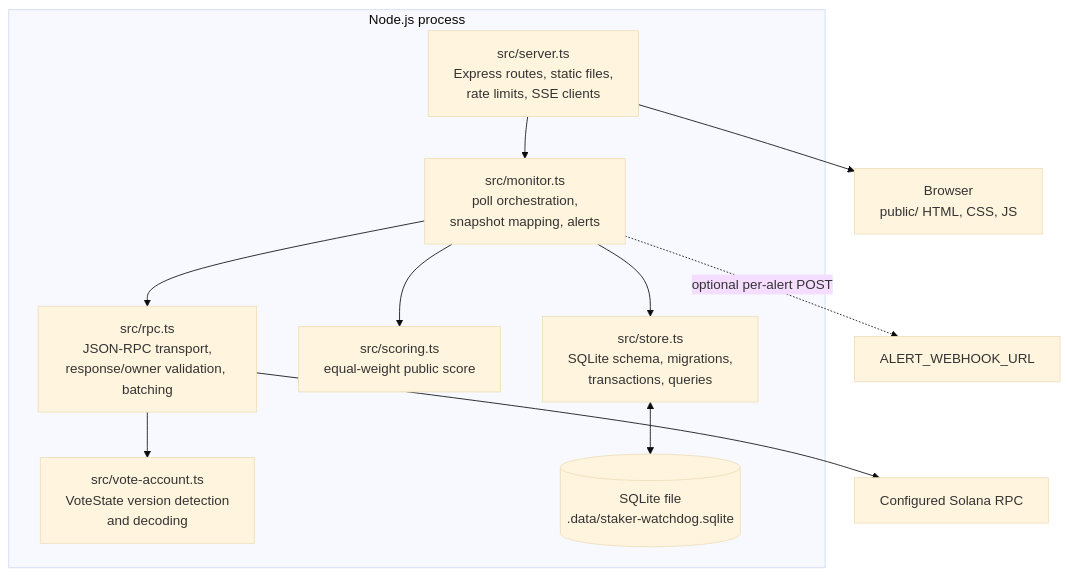
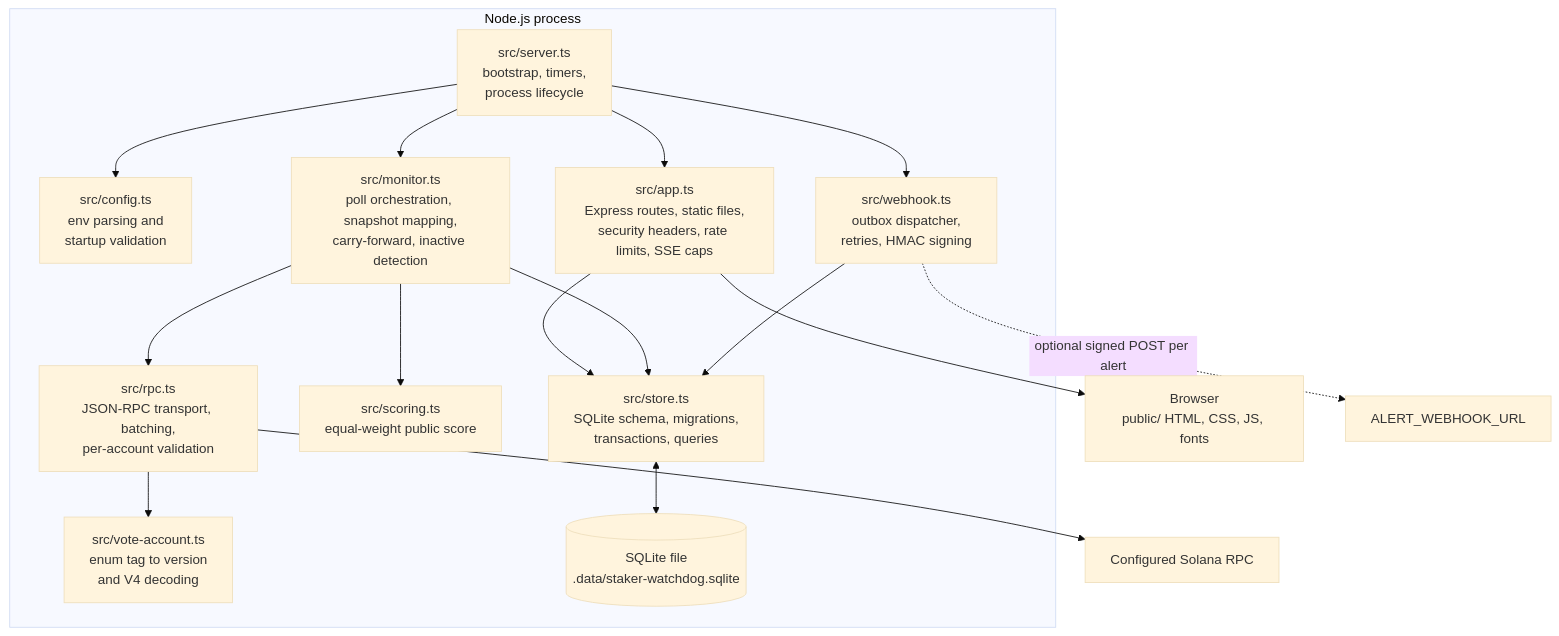
The second of 4 diagrams in docs/ARCHITECTURE.md (secur3shell-ship-it/staker-watchdog), drawn with Mermaid (base theme) before and after one commit. The commit also changed other lines of this file and 37 other files, not shown here.

````diff
--- a/docs/ARCHITECTURE.md
+++ b/docs/ARCHITECTURE.md
@@ -31,23 +31,31 @@
 ```mermaid
 flowchart TB
     subgraph node["Node.js process"]
-        entry["src/server.ts<br/>Express routes, static files,<br/>rate limits, SSE clients"]
-        monitor["src/monitor.ts<br/>poll orchestration,<br/>snapshot mapping, alerts"]
-        rpc["src/rpc.ts<br/>JSON-RPC transport,<br/>response/owner validation, batching"]
-        decoder["src/vote-account.ts<br/>VoteState version detection<br/>and decoding"]
+        entry["src/server.ts<br/>bootstrap, timers,<br/>process lifecycle"]
+        config["src/config.ts<br/>env parsing and<br/>startup validation"]
+        app["src/app.ts<br/>Express routes, static files,<br/>security headers, rate limits, SSE caps"]
+        monitor["src/monitor.ts<br/>poll orchestration, snapshot mapping,<br/>carry-forward, inactive detection"]
+        rpc["src/rpc.ts<br/>JSON-RPC transport, batching,<br/>per-account validation"]
+        decoder["src/vote-account.ts<br/>enum tag to version<br/>and V4 decoding"]
         scoring["src/scoring.ts<br/>equal-weight public score"]
         store["src/store.ts<br/>SQLite schema, migrations,<br/>transactions, queries"]
+        webhook["src/webhook.ts<br/>outbox dispatcher,<br/>retries, HMAC signing"]
         db[("SQLite file<br/>.data/staker-watchdog.sqlite")]
 
+        entry --> config
+        entry --> app
         entry --> monitor
+        entry --> webhook
+        app --> store
         monitor --> rpc
         rpc --> decoder
         monitor --> scoring
         monitor --> store
+        webhook --> store
         store <--> db
     end
 
     rpc --> solana["Configured Solana RPC"]
-    entry --> browser["Browser<br/>public/ HTML, CSS, JS"]
-    monitor -. "optional per-alert POST" .-> destination["ALERT_WEBHOOK_URL"]
+    app --> browser["Browser<br/>public/ HTML, CSS, JS, fonts"]
+    webhook -. "optional signed POST per alert" .-> destination["ALERT_WEBHOOK_URL"]
 ```
````
